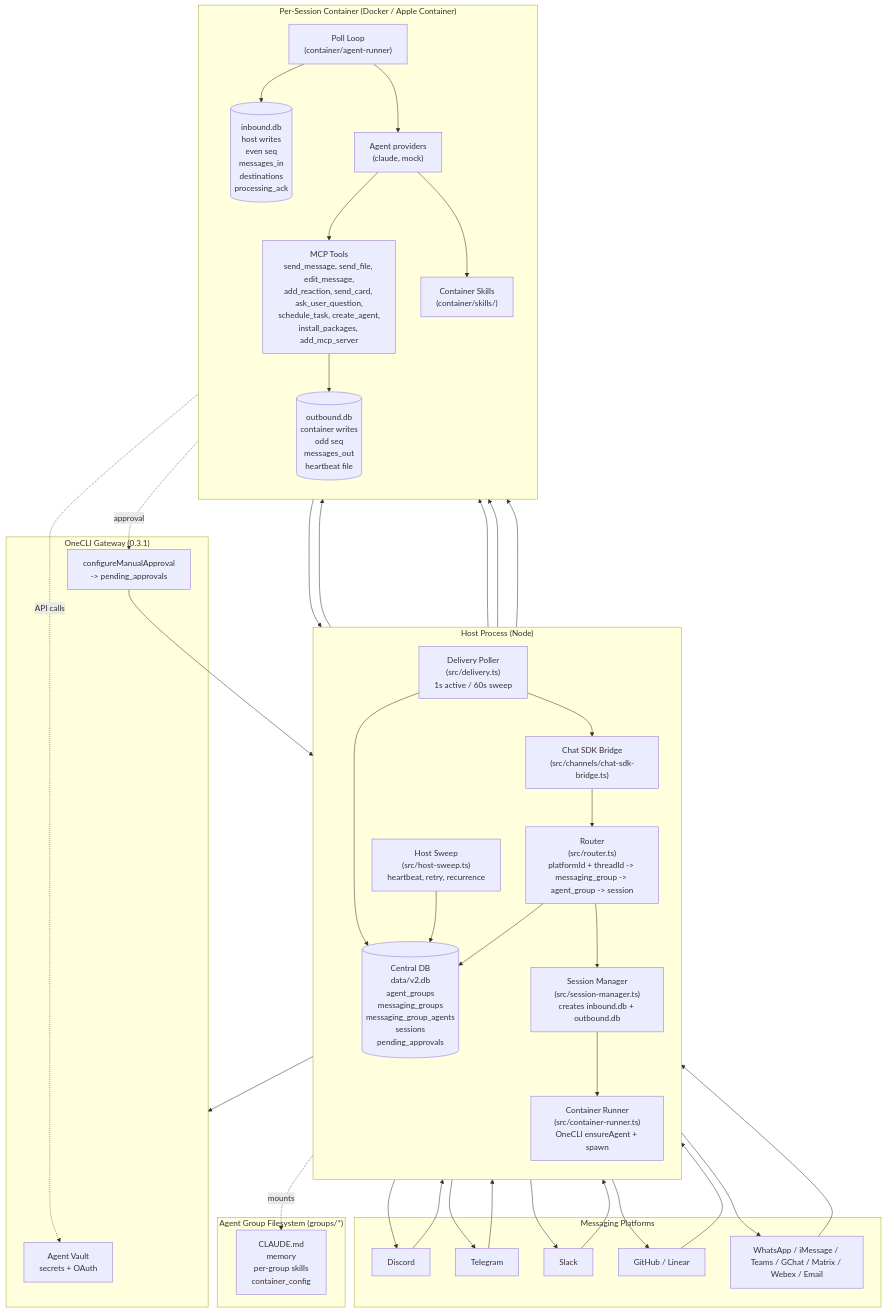
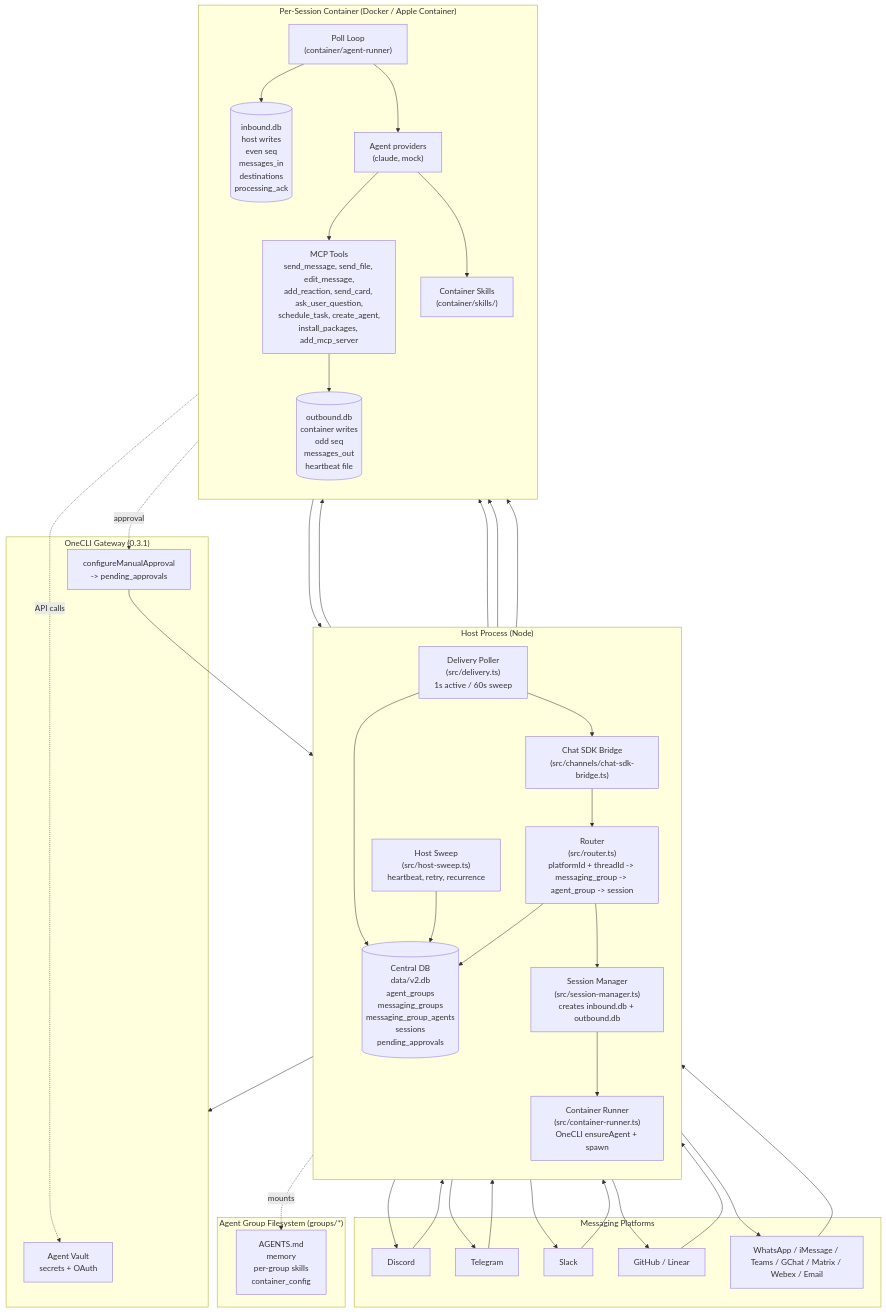
Before and after one commit to mcarmona1064-cell/clawbridge-codex: the first of 5 diagrams in docs/architecture-diagram.md, drawn with Mermaid. The commit also changed 45 other files, not shown here.

````diff
--- a/docs/architecture-diagram.md
+++ b/docs/architecture-diagram.md
@@ -5,65 +5,65 @@
 ```mermaid
 flowchart TB
   subgraph Platforms["Messaging Platforms"]
     P1[Discord]
     P2[Telegram]
     P3[Slack]
     P4[GitHub / Linear]
     P5[WhatsApp / iMessage / Teams / GChat / Matrix / Webex / Email]
   end
 
   subgraph Host["Host Process (Node)"]
     direction TB
     Bridge["Chat SDK Bridge<br/>(src/channels/chat-sdk-bridge.ts)"]
     Router["Router<br/>(src/router.ts)<br/>platformId + threadId -> messaging_group -> agent_group -> session"]
     SessMgr["Session Manager<br/>(src/session-manager.ts)<br/>creates inbound.db + outbound.db"]
     Runner["Container Runner<br/>(src/container-runner.ts)<br/>OneCLI ensureAgent + spawn"]
     Delivery["Delivery Poller<br/>(src/delivery.ts)<br/>1s active / 60s sweep"]
     Sweep["Host Sweep<br/>(src/host-sweep.ts)<br/>heartbeat, retry, recurrence"]
     Central[("Central DB<br/>data/v2.db<br/>agent_groups<br/>messaging_groups<br/>messaging_group_agents<br/>sessions<br/>pending_approvals")]
   end
 
   subgraph OneCLI["OneCLI Gateway (0.3.1)"]
     Vault["Agent Vault<br/>secrets + OAuth"]
     Approvals["configureManualApproval<br/>-> pending_approvals"]
   end
 
   subgraph Session["Per-Session Container (Docker / Apple Container)"]
     direction TB
     PollLoop["Poll Loop<br/>(container/agent-runner)"]
     Provider["Agent providers<br/>(claude, mock)"]
     MCP["MCP Tools<br/>send_message, send_file, edit_message,<br/>add_reaction, send_card, ask_user_question,<br/>schedule_task, create_agent,<br/>install_packages, add_mcp_server"]
     Skills["Container Skills<br/>(container/skills/)"]
     InDB[("inbound.db<br/>host writes<br/>even seq<br/>messages_in<br/>destinations<br/>processing_ack")]
     OutDB[("outbound.db<br/>container writes<br/>odd seq<br/>messages_out<br/>heartbeat file")]
   end
 
   subgraph Groups["Agent Group Filesystem (groups/*)"]
-    Folder["CLAUDE.md<br/>memory<br/>per-group skills<br/>container_config"]
+    Folder["AGENTS.md<br/>memory<br/>per-group skills<br/>container_config"]
   end
 
   P1 & P2 & P3 & P4 & P5 --> Bridge
   Bridge --> Router
   Router --> Central
   Router --> SessMgr
   SessMgr --> InDB
   SessMgr --> Runner
   Runner --> OneCLI
   Runner --> PollLoop
   PollLoop --> InDB
   PollLoop --> Provider
   Provider --> MCP
   Provider --> Skills
   MCP --> OutDB
   OutDB --> Delivery
   Delivery --> Central
   Delivery --> Bridge
   Bridge --> P1 & P2 & P3 & P4 & P5
   Sweep --> InDB
   Sweep --> OutDB
   Sweep --> Central
   Runner -.mounts.-> Folder
   MCP -.approval.-> Approvals
   Approvals --> Central
   Provider -.API calls.-> Vault
 ```
````
